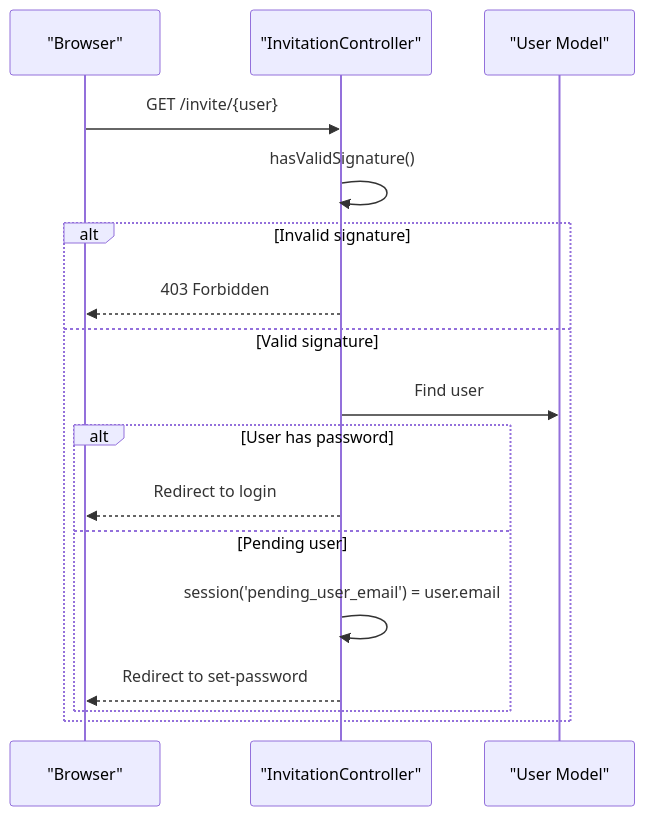
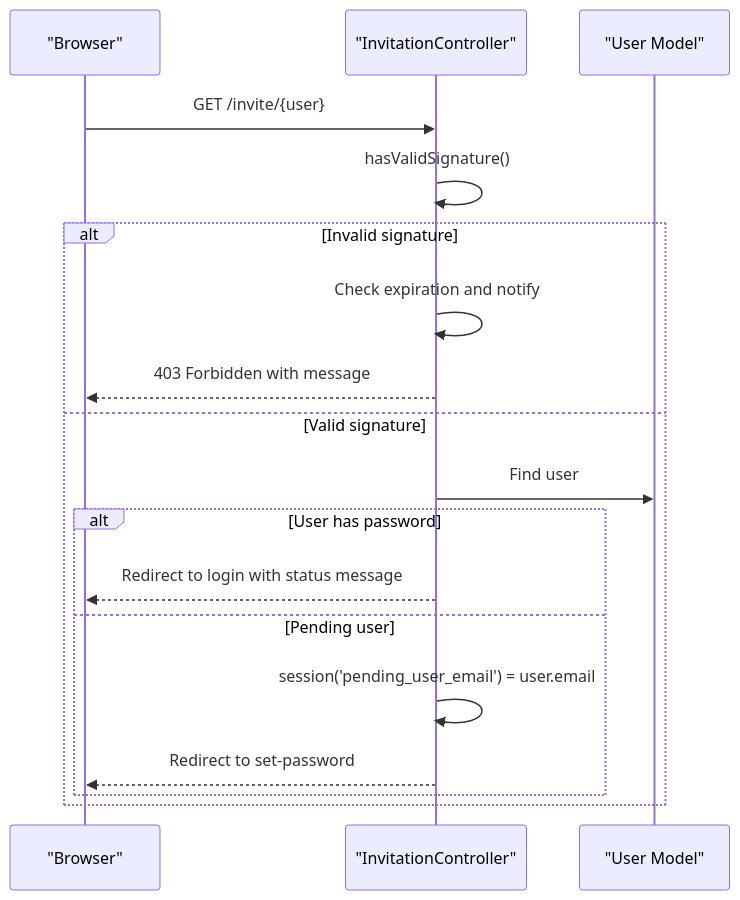
The sixth of 11 diagrams in .qoder/repowiki/en/content/Authentication & Authorization/Authentication & Authorization.md (younesgamer68/helpdesk-system), drawn with Mermaid before and after one commit. The commit also changed other lines of this file and 12 other files, not shown here.

````diff
--- a/.qoder/repowiki/en/content/Authentication & Authorization/Authentication & Authorization.md
+++ b/.qoder/repowiki/en/content/Authentication & Authorization/Authentication & Authorization.md
@@ -326,19 +379,20 @@
 ```mermaid
 sequenceDiagram
 participant Client as "Browser"
 participant IC as "InvitationController"
 participant User as "User Model"
 Client->>IC : GET /invite/{user}
 IC->>IC : hasValidSignature()
 alt Invalid signature
-IC-->>Client : 403 Forbidden
+IC->>IC : Check expiration and notify
+IC-->>Client : 403 Forbidden with message
 else Valid signature
 IC->>User : Find user
 alt User has password
-IC-->>Client : Redirect to login
+IC-->>Client : Redirect to login with status message
 else Pending user
 IC->>IC : session('pending_user_email') = user.email
 IC-->>Client : Redirect to set-password
 end
 end
 ```
````
